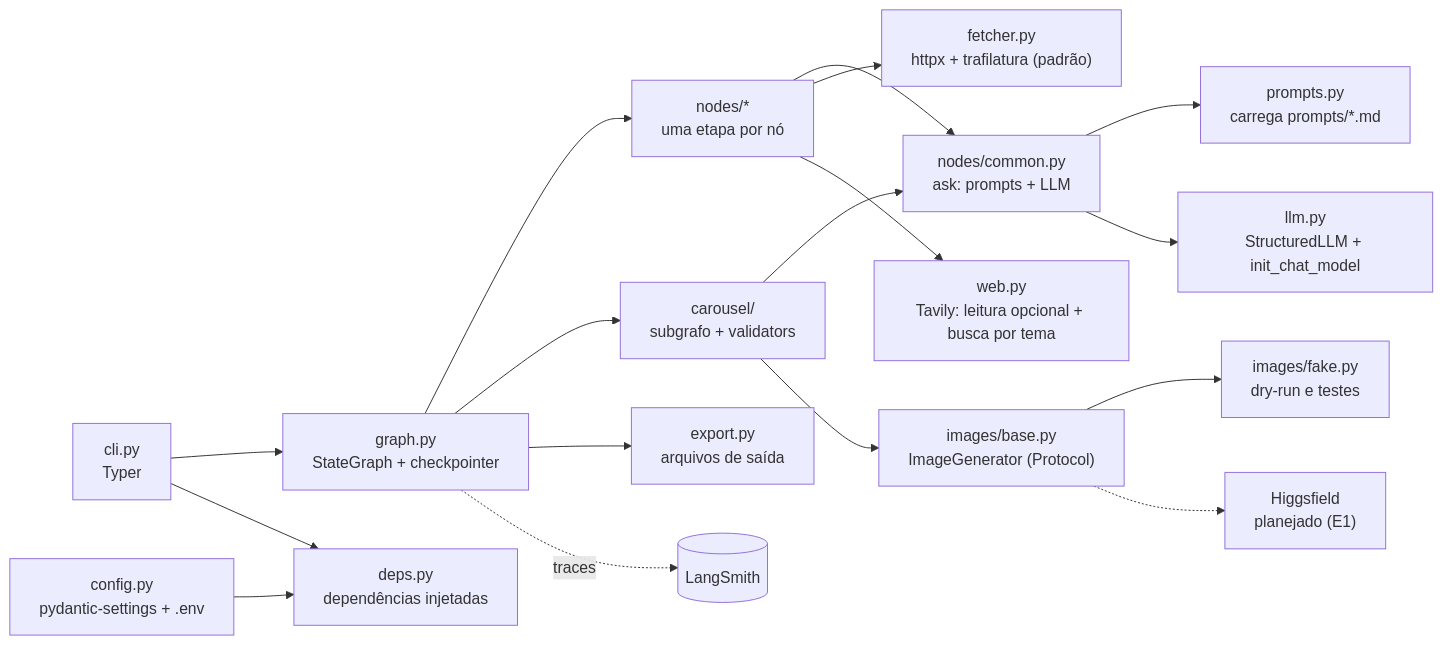
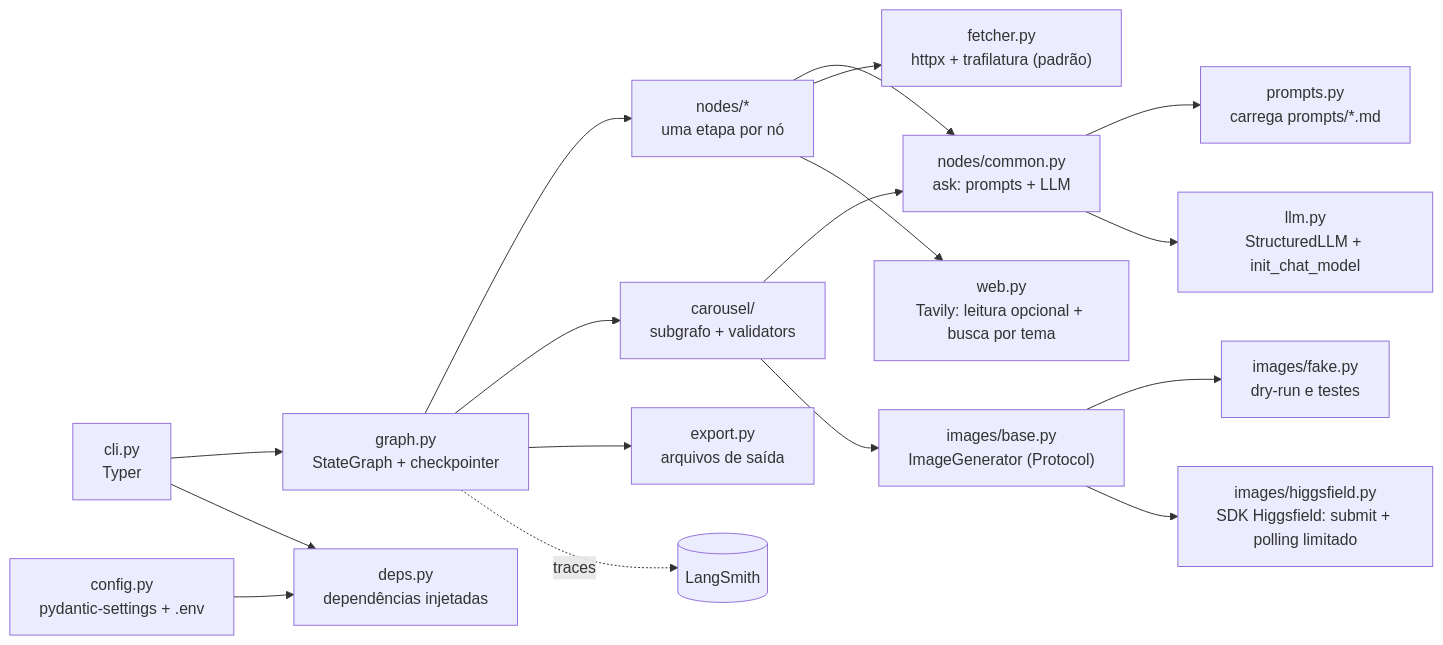
The second of 2 diagrams in README.md (afcc2000/content-authority-pipeline), drawn with Mermaid before and after one commit. The commit also changed other lines of this file and 12 other files, not shown here.

First line of the commit message:
feat(images): adiciona adaptador Higgsfield

````diff
--- a/README.md
+++ b/README.md
@@ -89,19 +89,19 @@
 ```mermaid
 flowchart LR
     CLI["cli.py<br/>Typer"] --> GRAPH["graph.py<br/>StateGraph + checkpointer"]
     CFG["config.py<br/>pydantic-settings + .env"] --> DEPS["deps.py<br/>dependências injetadas"]
     CLI --> DEPS
     GRAPH --> NODES["nodes/*<br/>uma etapa por nó"]
     GRAPH --> SUB["carousel/<br/>subgrafo + validators"]
     GRAPH --> EXPO["export.py<br/>arquivos de saída"]
     NODES --> ASK["nodes/common.py<br/>ask: prompts + LLM"]
     SUB --> ASK
     ASK --> PRM["prompts.py<br/>carrega prompts/*.md"]
     ASK --> LLM["llm.py<br/>StructuredLLM + init_chat_model"]
     NODES --> FETCH["fetcher.py<br/>httpx + trafilatura (padrão)"]
     NODES --> WEB["web.py<br/>Tavily: leitura opcional + busca por tema"]
     SUB --> PORT["images/base.py<br/>ImageGenerator (Protocol)"]
     PORT --> FAKE["images/fake.py<br/>dry-run e testes"]
-    PORT -.-> HF["Higgsfield<br/>planejado (E1)"]
+    PORT --> HF["images/higgsfield.py<br/>SDK Higgsfield: submit + polling limitado"]
     GRAPH -. traces .-> LS[("LangSmith")]
 ```
````
